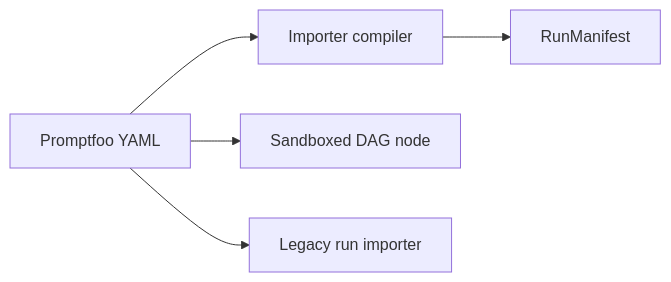
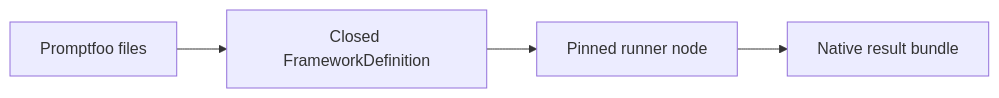
The second of 2 diagrams in en/evaluation/architecture/plugin-model.md (softprobe/document-website), drawn with Mermaid before and after one commit. The commit also changed other lines of this file and 57 other files, not shown here.

````diff
--- a/en/evaluation/architecture/plugin-model.md
+++ b/en/evaluation/architecture/plugin-model.md
@@ -76,10 +54,8 @@
 ```mermaid
 flowchart LR
-  PF[Promptfoo YAML]
-  Imp[Importer compiler]
-  Node[Sandboxed DAG node]
-  Leg[Legacy run importer]
-  PF --> Imp --> Manifest[RunManifest]
-  PF --> Node
-  PF --> Leg
+  PF[Promptfoo files]
+  Pack[Closed FrameworkDefinition]
+  Node[Pinned runner node]
+  Bundle[Native result bundle]
+  PF --> Pack --> Node --> Bundle
 ```
````
